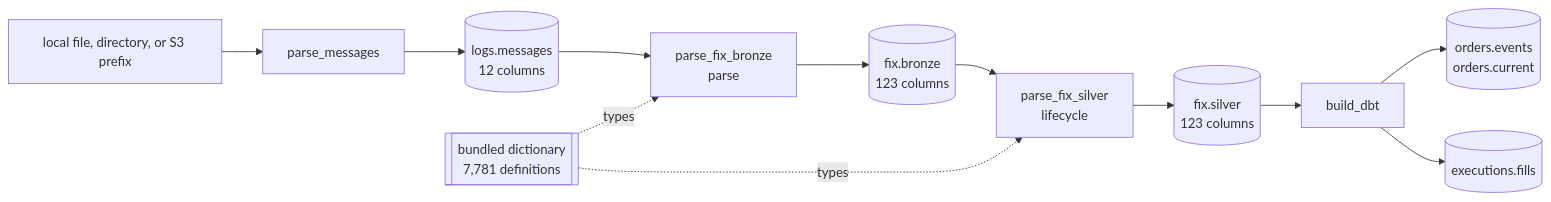
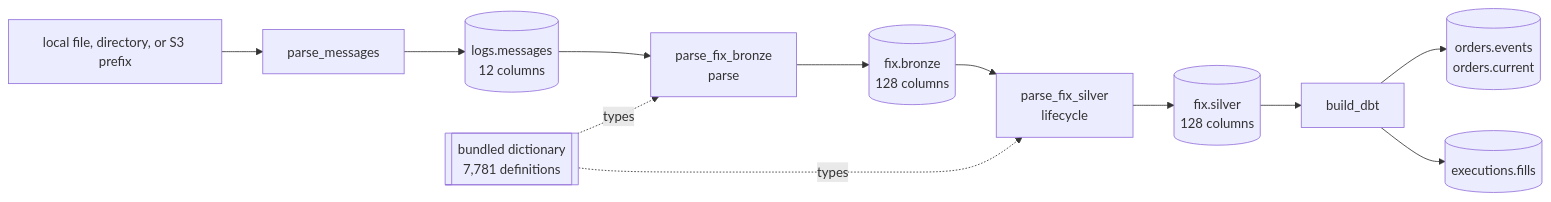
The diagram in docs/pipeline/index.md (Platob/yggfin), drawn with Mermaid before and after one commit. The commit also changed other lines of this file and 33 other files, not shown here.

````diff
--- a/docs/pipeline/index.md
+++ b/docs/pipeline/index.md
@@ -6,14 +6,14 @@
 ```mermaid
 flowchart LR
     U["local file, directory, or S3 prefix"] --> T["parse_messages"]
     T --> M[("logs.messages<br/>12 columns")]
     M --> F["parse_fix_bronze<br/>parse"]
     R[["bundled dictionary<br/>7,781 definitions"]] -.types.-> F
-    F --> X[("fix.bronze<br/>123 columns")]
+    F --> X[("fix.bronze<br/>128 columns")]
     X --> L["parse_fix_silver<br/>lifecycle"]
     R -.types.-> L
-    L --> S[("fix.silver<br/>123 columns")]
+    L --> S[("fix.silver<br/>128 columns")]
     S --> B["build_dbt"]
     B --> O[("orders.events<br/>orders.current")]
     B --> C[("executions.fills")]
 ```
````
